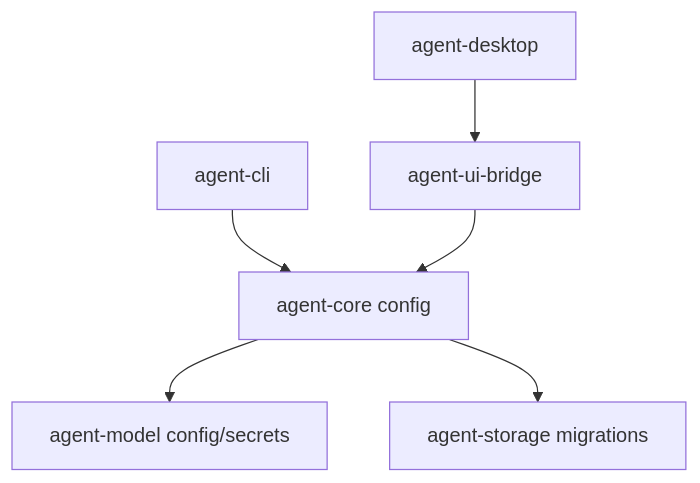
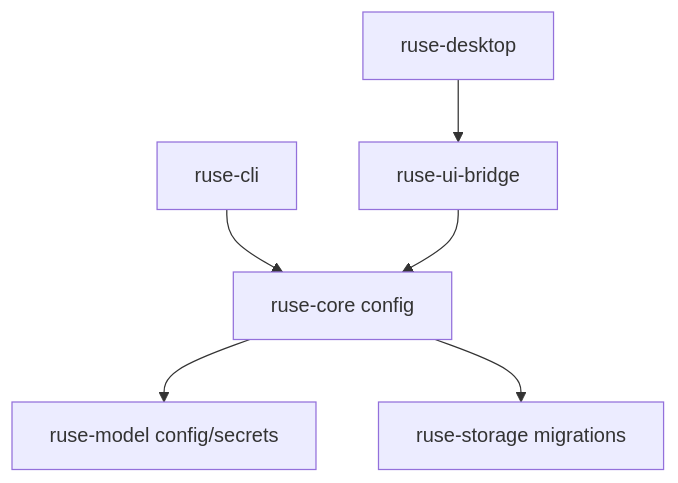
Before and after one commit to poneding/agent: the diagram in docs/specs/M14-runtime-configuration-secrets.spec.md, drawn with Mermaid. The commit also changed other lines of this file and 2091 other files, not shown here.

First line of the commit message:
refactor: rename agent branding to ruse

````diff
--- a/docs/specs/M14-runtime-configuration-secrets.spec.md
+++ b/docs/specs/M14-runtime-configuration-secrets.spec.md
@@ -51,8 +51,8 @@
 ```mermaid
 flowchart TD
-  cli["agent-cli"] --> core["agent-core config"]
-  desktop["agent-desktop"] --> bridge["agent-ui-bridge"]
+  cli["ruse-cli"] --> core["ruse-core config"]
+  desktop["ruse-desktop"] --> bridge["ruse-ui-bridge"]
   bridge --> core
-  core --> model["agent-model config/secrets"]
-  core --> storage["agent-storage migrations"]
+  core --> model["ruse-model config/secrets"]
+  core --> storage["ruse-storage migrations"]
 ```
````
